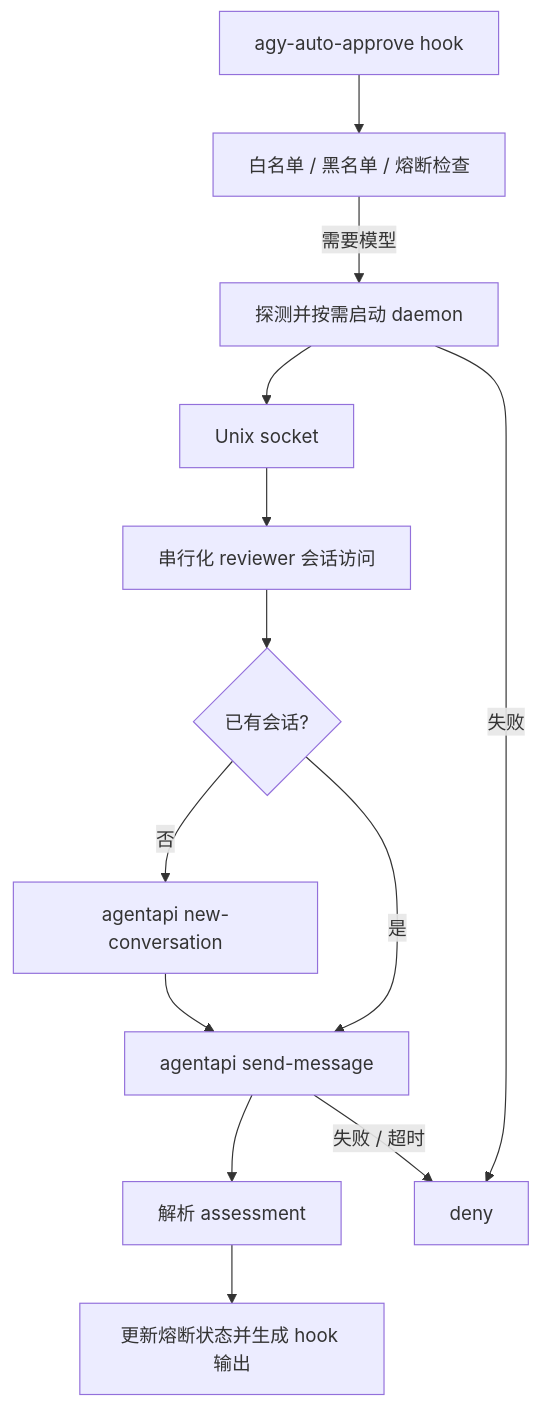
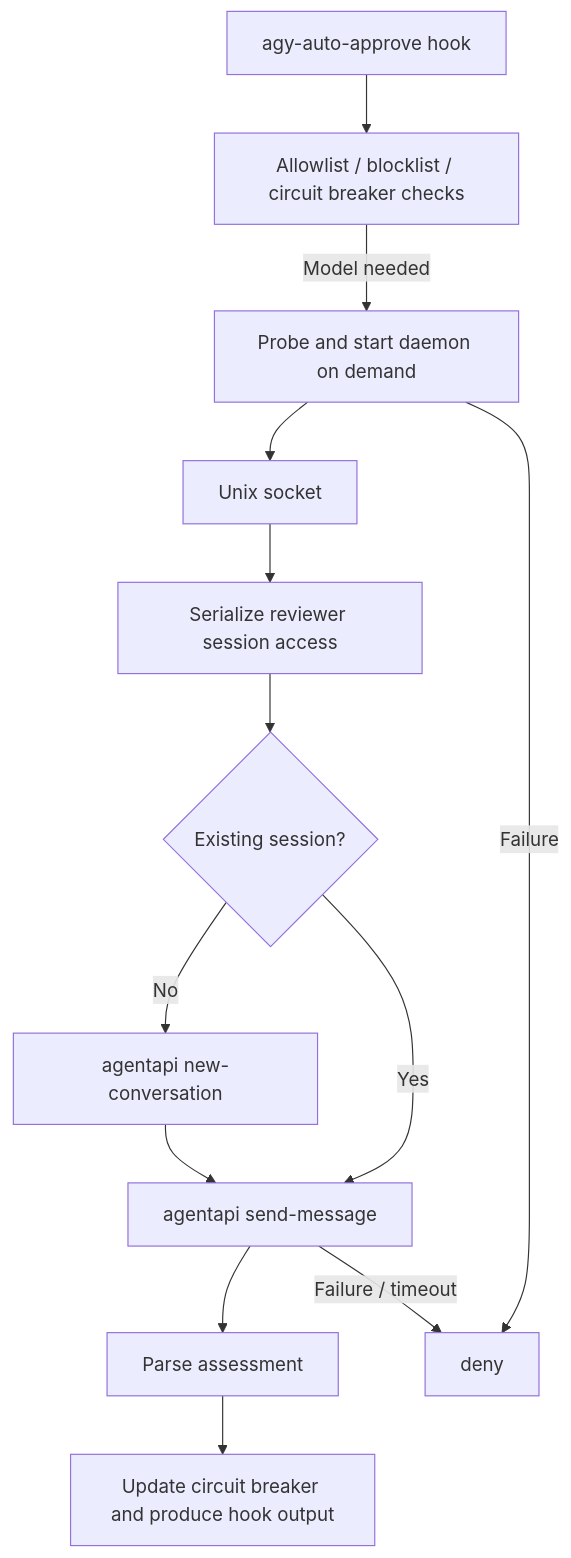
Before and after one commit to jjyr/agy-auto-approve: the diagram in docs/sidecars.md, drawn with Mermaid. The commit also changed other lines of this file and 10 other files, not shown here.

````diff
--- a/docs/sidecars.md
+++ b/docs/sidecars.md
@@ -28,15 +37,15 @@
 ```mermaid
 flowchart TD
-    Hook[agy-auto-approve hook] --> Policy[白名单 / 黑名单 / 熔断检查]
-    Policy -->|需要模型| Probe[探测并按需启动 daemon]
+    Hook[agy-auto-approve hook] --> Policy[Allowlist / blocklist / circuit breaker checks]
+    Policy -->|Model needed| Probe[Probe and start daemon on demand]
     Probe --> Socket[Unix socket]
-    Socket --> Lock[串行化 reviewer 会话访问]
-    Lock --> Session{已有会话?}
-    Session -->|否| New[agentapi new-conversation]
-    Session -->|是| Send[agentapi send-message]
+    Socket --> Lock[Serialize reviewer session access]
+    Lock --> Session{Existing session?}
+    Session -->|No| New[agentapi new-conversation]
+    Session -->|Yes| Send[agentapi send-message]
     New --> Send
-    Send --> Parse[解析 assessment]
-    Parse --> Result[更新熔断状态并生成 hook 输出]
-    Probe -->|失败| Deny[deny]
-    Send -->|失败 / 超时| Deny
+    Send --> Parse[Parse assessment]
+    Parse --> Result[Update circuit breaker and produce hook output]
+    Probe -->|Failure| Deny[deny]
+    Send -->|Failure / timeout| Deny
 ```
````
